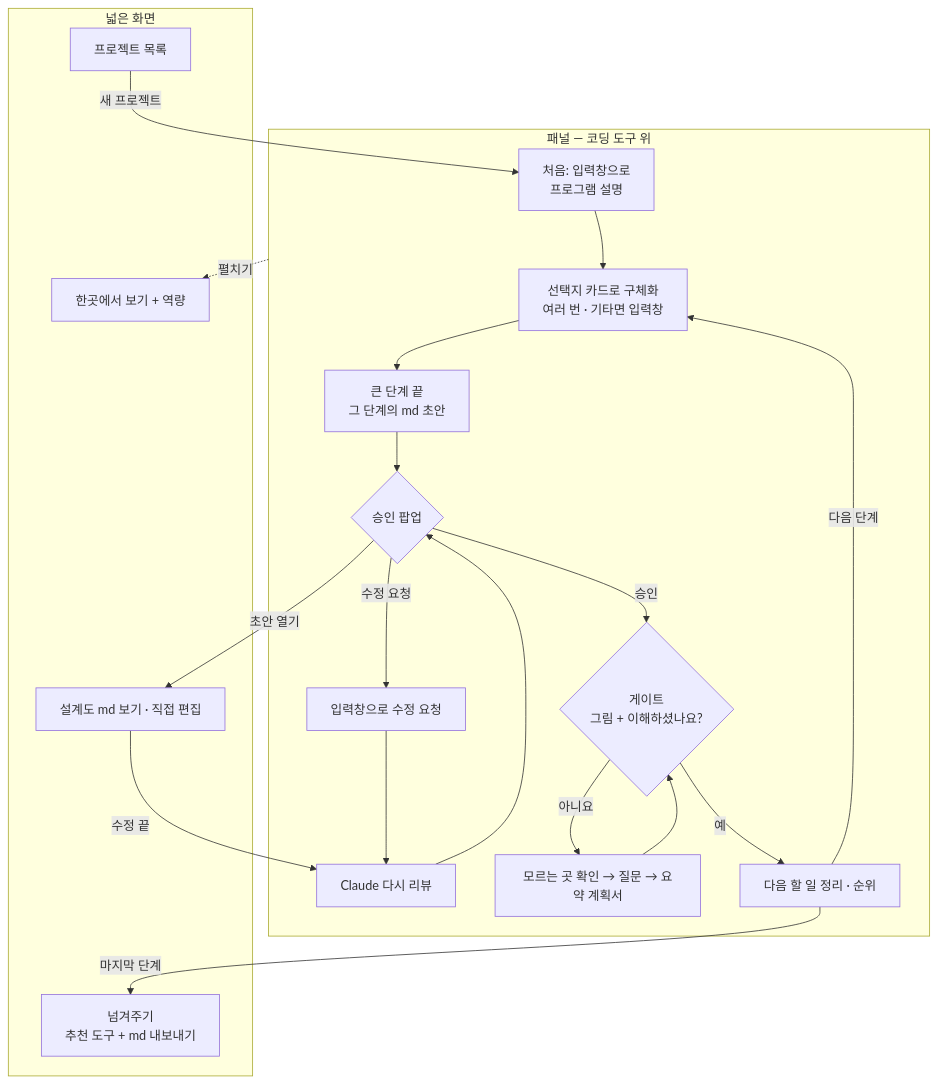
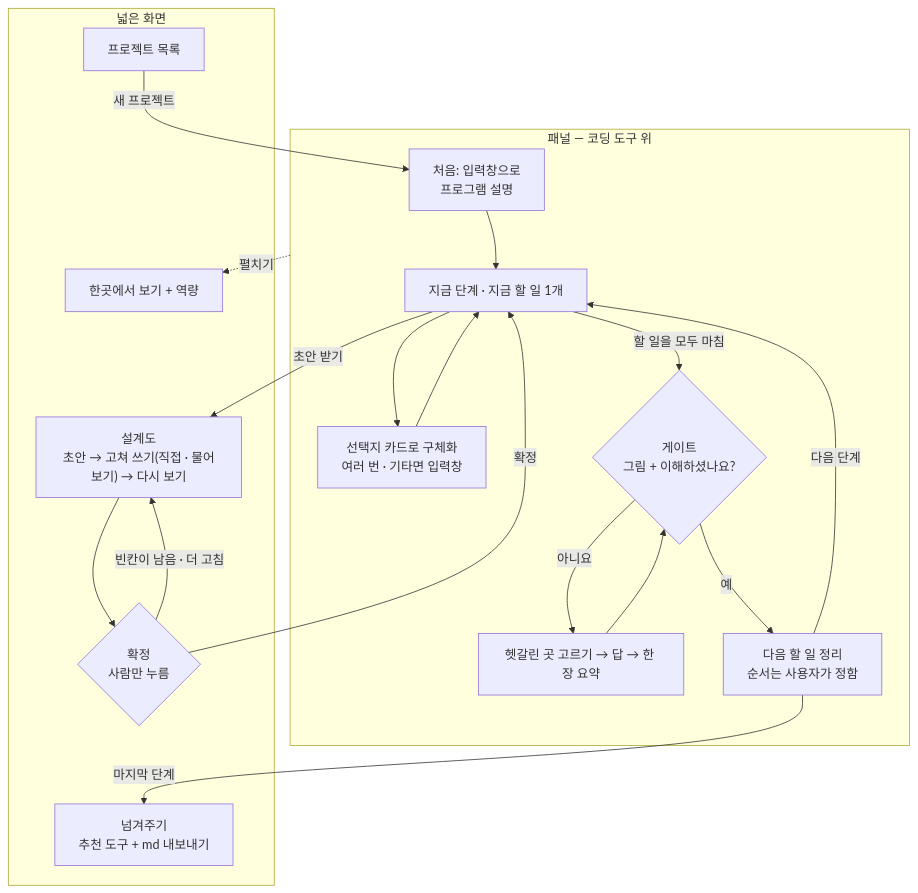
Before and after one commit to 2026-Codyssey-Final-Proj/Final-Proj: the diagram in 02-frontend/README.md, drawn with Mermaid. The commit also changed other lines of this file, not shown here.

First line of the commit message:
docs(frontend): #12 와이어에 맞춤 — 승인 팝업 대신 설계도 확정, 할 일을 마친 뒤 게이트

````diff
--- a/02-frontend/README.md
+++ b/02-frontend/README.md
@@ -101,27 +101,27 @@
 ```mermaid
 flowchart TD
     subgraph P["패널 — 코딩 도구 위"]
-        S["처음: 입력창으로<br/>프로그램 설명"] --> B["선택지 카드로 구체화<br/>여러 번 · 기타면 입력창"]
-        B --> C["큰 단계 끝<br/>그 단계의 md 초안"]
-        C --> D{"승인 팝업"}
-        D -->|"수정 요청"| F["입력창으로 수정 요청"]
-        F --> G["Claude 다시 리뷰"]
-        G --> D
-        D -->|"승인"| H{"게이트<br/>그림 + 이해하셨나요?"}
-        H -->|"아니요"| I["모르는 곳 확인 → 질문 → 요약 계획서"]
+        S["처음: 입력창으로<br/>프로그램 설명"] --> B["지금 단계 · 지금 할 일 1개"]
+        B --> Q["선택지 카드로 구체화<br/>여러 번 · 기타면 입력창"]
+        Q --> B
+        B -->|"할 일을 모두 마침"| H{"게이트<br/>그림 + 이해하셨나요?"}
+        H -->|"아니요"| I["헷갈린 곳 고르기 → 답 → 한 장 요약"]
         I --> H
-        H -->|"예"| J["다음 할 일 정리 · 순위"]
+        H -->|"예"| J["다음 할 일 정리<br/>순서는 사용자가 정함"]
         J -->|"다음 단계"| B
     end
     subgraph W["넓은 화면"]
-        E["설계도 md 보기 · 직접 편집"]
+        E["설계도<br/>초안 → 고쳐 쓰기(직접 · 물어보기) → 다시 보기"]
+        X{"확정<br/>사람만 누름"}
         K["넘겨주기<br/>추천 도구 + md 내보내기"]
         L["한곳에서 보기 + 역량"]
         A["프로젝트 목록"]
     end
-    D -->|"초안 열기"| E
-    E -->|"수정 끝"| G
+    B -->|"초안 받기"| E
+    E --> X
+    X -->|"빈칸이 남음 · 더 고침"| E
+    X -->|"확정"| B
     J -->|"마지막 단계"| K
     A -->|"새 프로젝트"| S
     P -.->|"펼치기"| L
 ```
````
